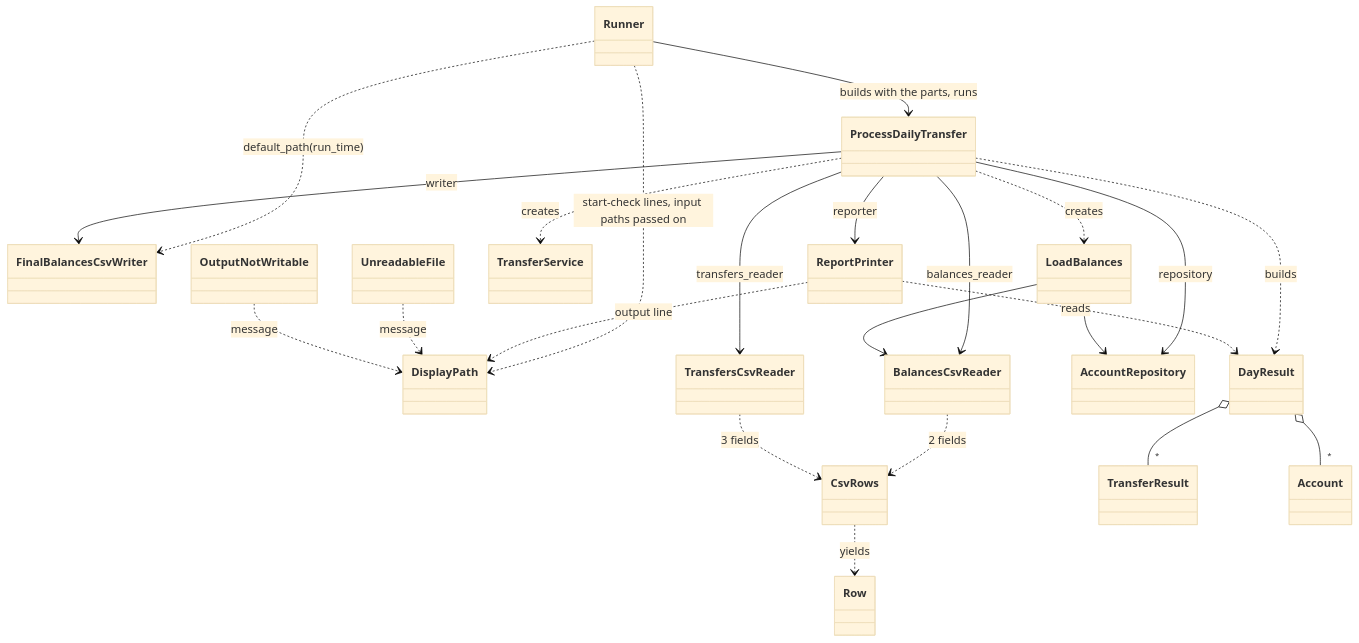
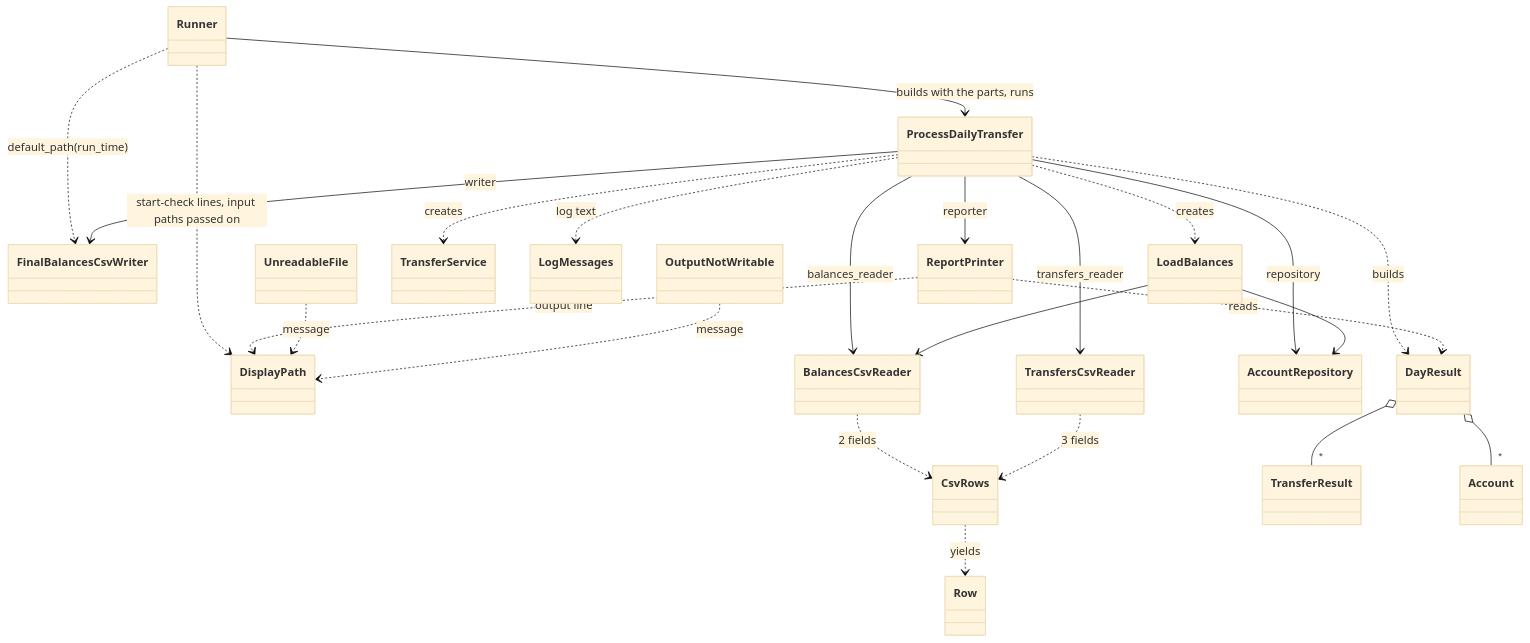
One commit to hetal-patel78/mable-backend-code-challenge changed the diagram in specs/002-file-runner/data-model.md. Above: the diagram before and after it, drawn with Mermaid (base theme). The commit also changed other lines of this file and 13 other files, not shown here.

First line of the commit message:
Move log message texts into LogMessages

````diff
--- a/specs/002-file-runner/data-model.md
+++ b/specs/002-file-runner/data-model.md
@@ -7,25 +7,26 @@
 ```mermaid
 classDiagram
     Runner ..> DisplayPath : start-check lines, input paths passed on
     Runner ..> FinalBalancesCsvWriter : default_path(run_time)
     Runner --> ProcessDailyTransfer : builds with the parts, runs
     ProcessDailyTransfer --> BalancesCsvReader : balances_reader
     ProcessDailyTransfer --> TransfersCsvReader : transfers_reader
     ProcessDailyTransfer --> FinalBalancesCsvWriter : writer
     ProcessDailyTransfer --> AccountRepository : repository
     ProcessDailyTransfer --> ReportPrinter : reporter
     ProcessDailyTransfer ..> LoadBalances : creates
     ProcessDailyTransfer ..> TransferService : creates
     ProcessDailyTransfer ..> DayResult : builds
+    ProcessDailyTransfer ..> LogMessages : log text
     LoadBalances --> BalancesCsvReader
     LoadBalances --> AccountRepository
     BalancesCsvReader ..> CsvRows : 2 fields
     TransfersCsvReader ..> CsvRows : 3 fields
     CsvRows ..> Row : yields
     DayResult o-- "*" TransferResult
     DayResult o-- "*" Account
     ReportPrinter ..> DayResult : reads
     ReportPrinter ..> DisplayPath : output line
     UnreadableFile ..> DisplayPath : message
     OutputNotWritable ..> DisplayPath : message
 ```
````
